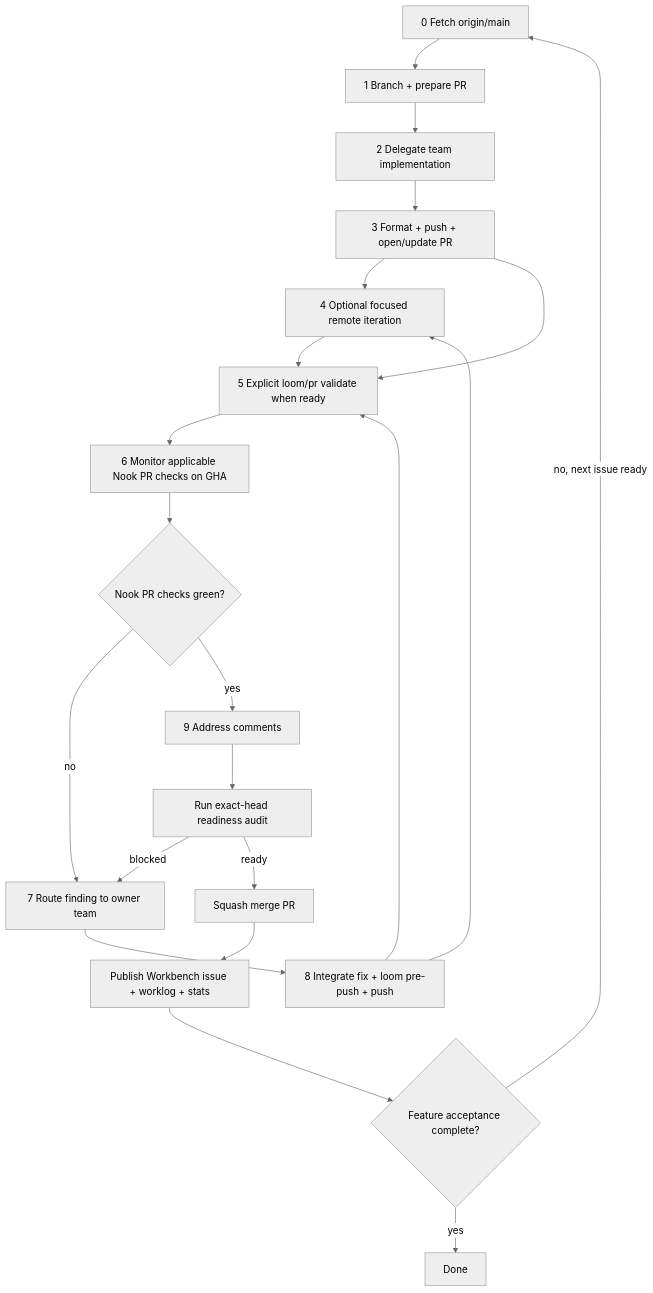
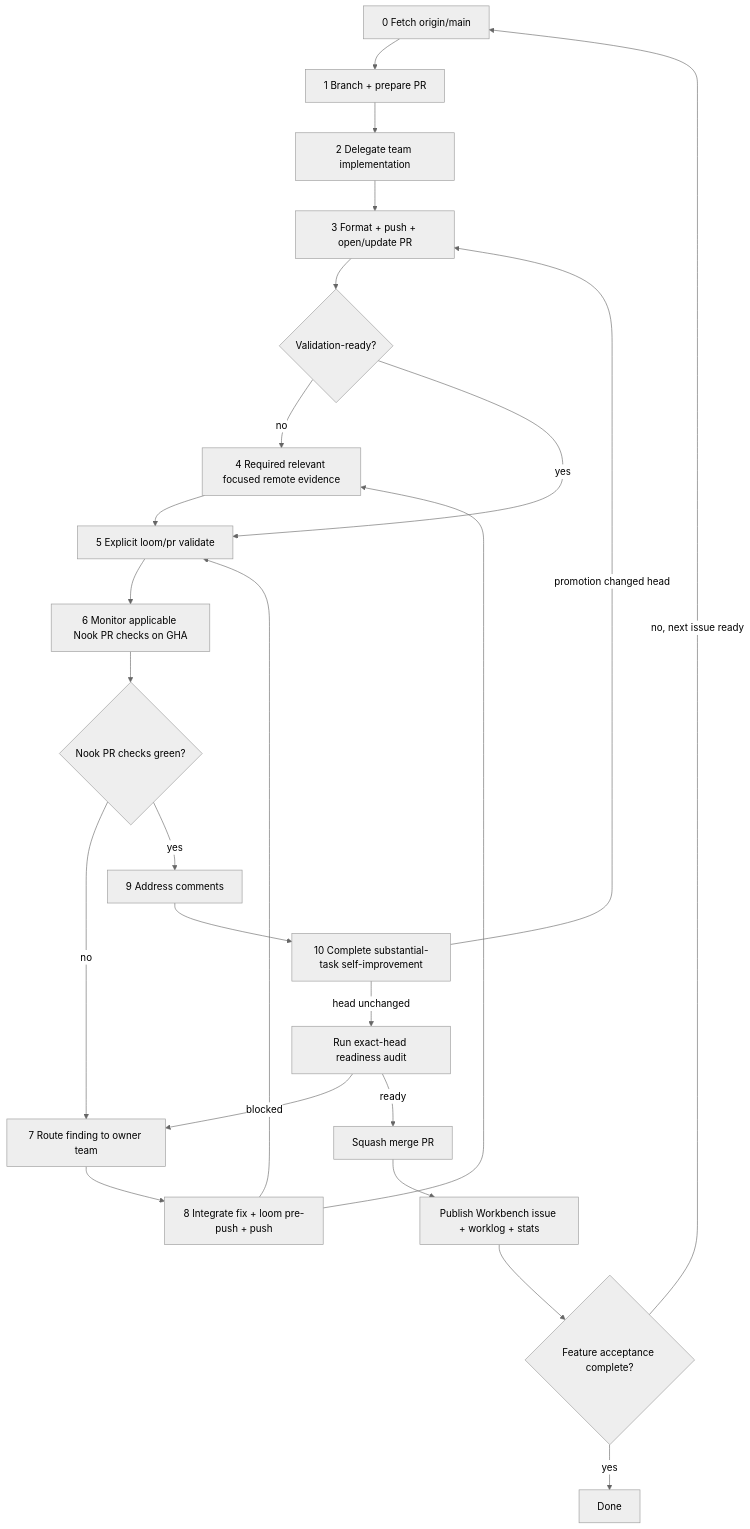
One commit to meta-secret/nook changed the diagram in .cortex/gizmo/workflows/pull-requests.md. Above: the diagram before and after it, drawn with Mermaid (neutral theme). The commit also changed other lines of this file and 13 other files, not shown here.

````diff
--- a/.cortex/gizmo/workflows/pull-requests.md
+++ b/.cortex/gizmo/workflows/pull-requests.md
@@ -328,23 +332,26 @@
 ```mermaid
 flowchart TD
   Z[0 Fetch origin/main] --> A[1 Branch + prepare PR]
   A --> I[2 Delegate team implementation]
   I --> E[3 Format + push + open/update PR]
-  E --> X[4 Optional focused remote iteration]
-  E --> V[5 Explicit loom/pr validate when ready]
+  E --> D{Validation-ready?}
+  D -->|no| X[4 Required relevant focused remote evidence]
+  D -->|yes| V[5 Explicit loom/pr validate]
   X --> V
   V --> F[6 Monitor applicable Nook PR checks on GHA]
   F --> G{Nook PR checks green?}
   G -->|no| H[7 Route finding to owner team]
   H --> PUSH[8 Integrate fix + loom pre-push + push]
   PUSH --> X
   PUSH --> V
   G -->|yes| C[9 Address comments]
-  C --> R[Run exact-head readiness audit]
+  C --> SI[10 Complete substantial-task self-improvement]
+  SI -->|promotion changed head| E
+  SI -->|head unchanged| R[Run exact-head readiness audit]
   R -->|blocked| H
   R -->|ready| M[Squash merge PR]
   M --> S[Publish Workbench issue + worklog + stats]
   S --> J{Feature acceptance complete?}
   J -->|no, next issue ready| Z
   J -->|yes| K[Done]
 ```
````
